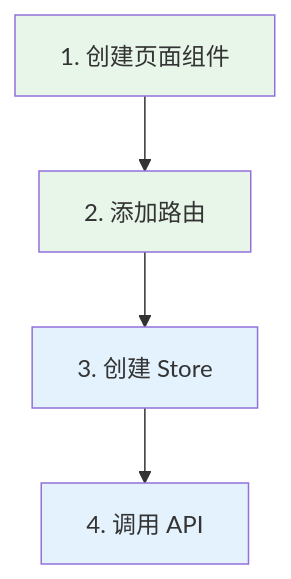
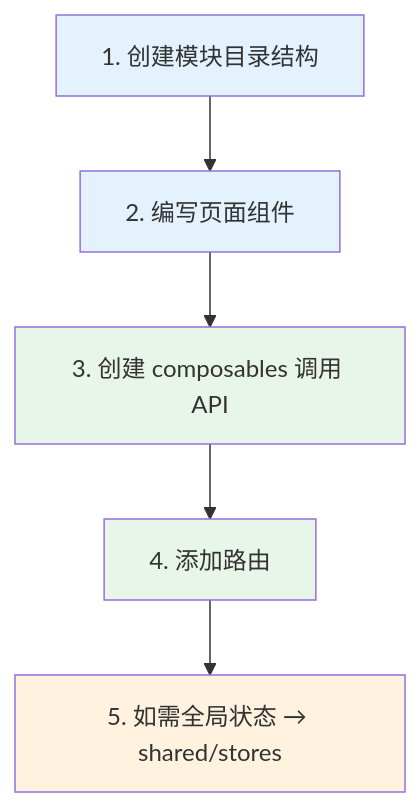
The fourth of 4 diagrams in apps/client/web-frontend/README.md (909347194/ST-Risk-For-UAV), drawn with Mermaid before and after one commit. The commit also changed other lines of this file and 19 other files, not shown here.

````diff
--- a/apps/client/web-frontend/README.md
+++ b/apps/client/web-frontend/README.md
@@ -178,11 +189,13 @@
 ```mermaid
 flowchart TD
-    A[1. 创建页面组件] --> B[2. 添加路由]
-    B --> C[3. 创建 Store]
-    C --> D[4. 调用 API]
+    A[1. 创建模块目录结构] --> B[2. 编写页面组件]
+    B --> C[3. 创建 composables 调用 API]
+    C --> D[4. 添加路由]
+    D --> E[5. 如需全局状态 → shared/stores]
 
-    style A fill:#e8f5e9
-    style B fill:#e8f5e9
-    style C fill:#e3f2fd
-    style D fill:#e3f2fd
+    style A fill:#e3f2fd
+    style B fill:#e3f2fd
+    style C fill:#e8f5e9
+    style D fill:#e8f5e9
+    style E fill:#fff3e0
 ```
````
